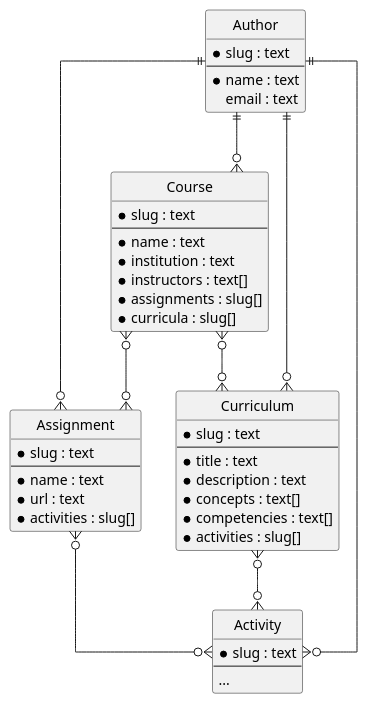
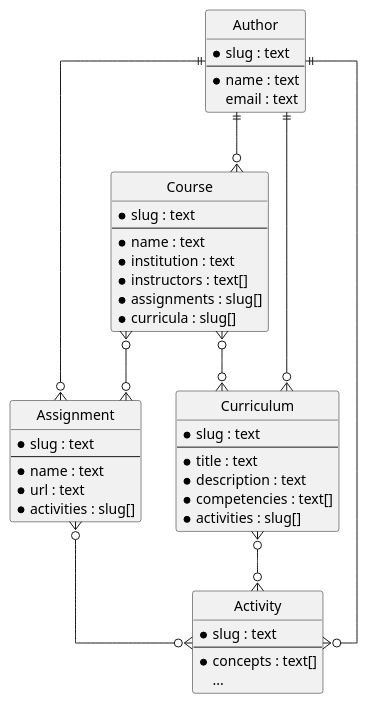
The diagram in docs/author-repo.puml (LuCEresearchlab/pytamaro-web), drawn with PlantUML before and after one commit. The commit also changed 4 other files, not shown here.

```diff
--- a/docs/author-repo.puml
+++ b/docs/author-repo.puml
@@ -1,56 +1,57 @@
 @startuml
 ' hide the spot
 hide circle
 
 ' avoid problems with angled crows feet
 skinparam linetype ortho
 
 entity "Author" as author {
   *slug : text
   --
   *name : text
   email : text
 }
 
 entity "Course" as course {
   *slug : text
   --
   *name : text
   *institution : text
   *instructors : text[]
   *assignments : slug[]
   *curricula : slug[]
 }
 entity "Assignment" as assignment {
   *slug : text
   --
   *name : text
   *url : text
   *activities : slug[]
 }
 entity "Curriculum" as curriculum {
   *slug : text
   --
   *title : text
   *description : text
-  *concepts : text[]
   *competencies : text[]
   *activities : slug[]
 }
 entity "Activity" as activity {
   *slug : text
   --
+  ' see https://progmiscon.org/concepts
+  *concepts : text[] 
   ...
 }
 
 
 author ||--o{ course
 author ||--o{ assignment
 author ||--o{ curriculum
 author ||--o{ activity
 
 course }o--o{ assignment
 course }o--o{ curriculum
 assignment }o--o{ activity
 curriculum }o--o{ activity
 @enduml
```
